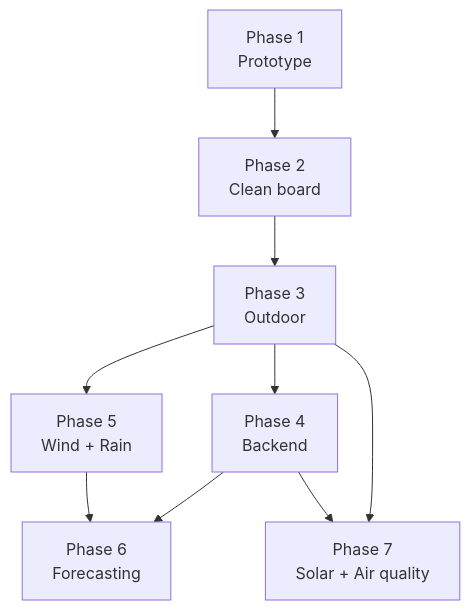
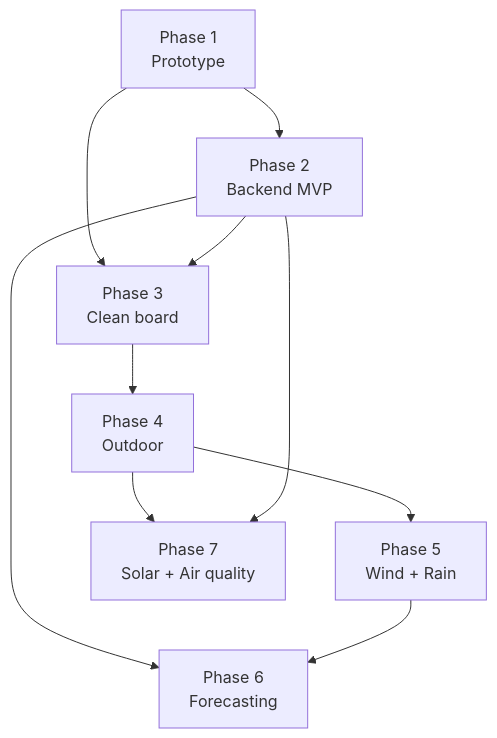
The diagram in README.md (wg1d/personal-autonomous-weather-station), drawn with Mermaid before and after one commit. The commit also changed other lines of this file and 1 other file, not shown here.

Commit message:
docs: reorder phases — backend MVP before clean board
Move backend work (Phase 2) earlier so the full data pipeline is
validated with prototype hardware before committing to clean hardware.

New phase order:
1. Prototype (unchanged)
2. Backend MVP — InfluxDB v1 + FastAPI + Grafana, no forecasting
3. Clean board (old Phase 2)
4. Outdoor deployment (old Phase 3)
5–7. Extended sensors, Forecasting, Solar (unchanged)

Switch backend storage from TinyDB to InfluxDB v1 directly — native
Grafana data source, line protocol ingestion, no migration needed later.

````diff
--- a/README.md
+++ b/README.md
@@ -27,11 +27,12 @@
 ```mermaid
 flowchart TD
-    P1[Phase 1\nPrototype] --> P2[Phase 2\nClean board]
-    P2 --> P3[Phase 3\nOutdoor]
-    P3 --> P4[Phase 4\nBackend]
-    P3 --> P5[Phase 5\nWind + Rain]
-    P4 --> P6[Phase 6\nForecasting]
+    P1[Phase 1\nPrototype] --> P2[Phase 2\nBackend MVP]
+    P1 --> P3[Phase 3\nClean board]
+    P2 --> P3
+    P3 --> P4[Phase 4\nOutdoor]
+    P4 --> P5[Phase 5\nWind + Rain]
+    P2 --> P6[Phase 6\nForecasting]
     P5 --> P6
-    P3 --> P7[Phase 7\nSolar + Air quality]
-    P4 --> P7
+    P4 --> P7[Phase 7\nSolar + Air quality]
+    P2 --> P7
 ```
````
